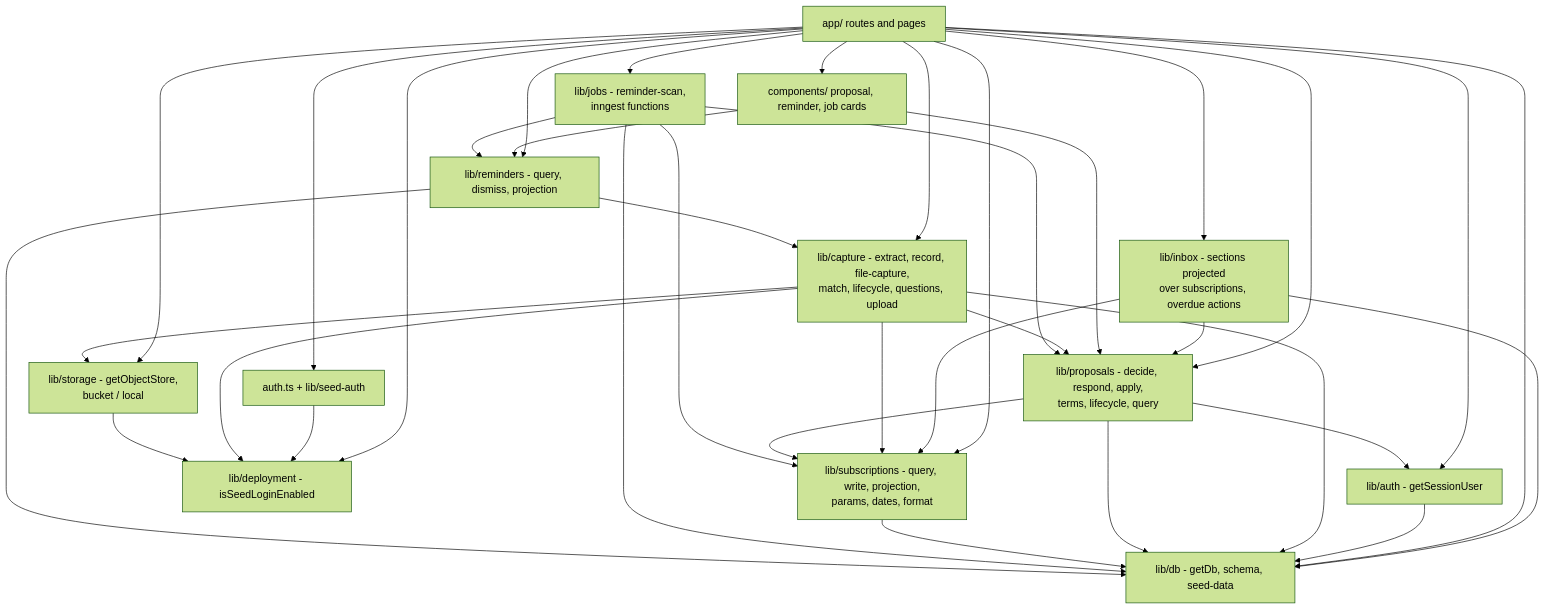
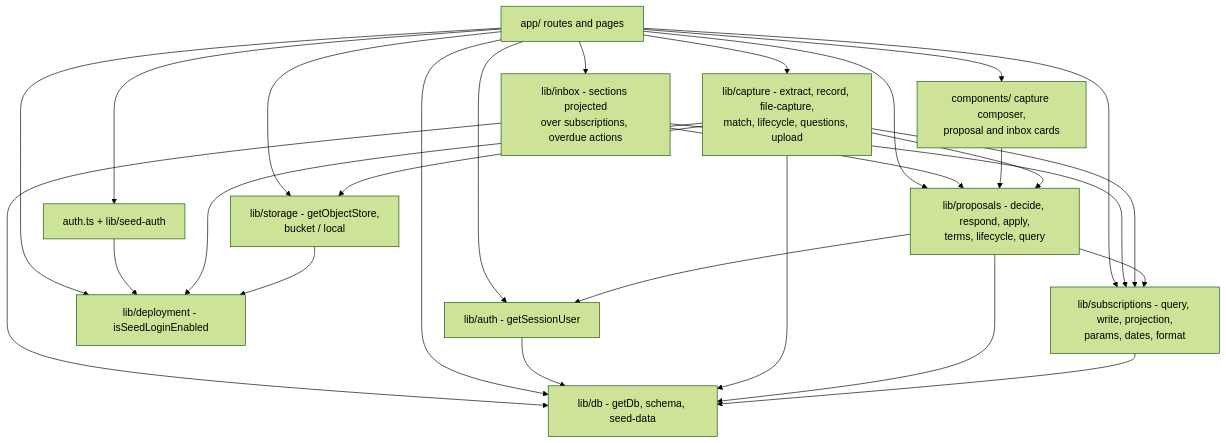
The fourth of 4 diagrams in docs/architecture.md (bhaveshbusa/subscription-records), drawn with Mermaid (forest theme) before and after one commit. The commit also changed other lines of this file and 35 other files, not shown here.

Commit message:
SUB-35: Drop reminders, the scans, and Inngest (#38)

````diff
--- a/docs/architecture.md
+++ b/docs/architecture.md
@@ -178,52 +165,41 @@
 ```mermaid
 flowchart TD
   app["app/ routes and pages"]
-  components["components/ proposal, reminder, job cards"]
+  components["components/ capture composer,<br/>proposal and inbox cards"]
   authmod["lib/auth - getSessionUser"]
   authjs["auth.ts + lib/seed-auth"]
   deployment["lib/deployment - isSeedLoginEnabled"]
   capture["lib/capture - extract, record, file-capture,<br/>match, lifecycle, questions, upload"]
   proposalsmod["lib/proposals - decide, respond, apply,<br/>terms, lifecycle, query"]
   subs["lib/subscriptions - query, write, projection,<br/>params, dates, format"]
   storage["lib/storage - getObjectStore,<br/>bucket / local"]
-  jobs["lib/jobs - reminder-scan,<br/>inngest functions"]
-  remindersmod["lib/reminders - query, dismiss, projection"]
   inboxmod["lib/inbox - sections projected<br/>over subscriptions, overdue actions"]
   dbmod["lib/db - getDb, schema, seed-data"]
 
   app --> components
   app --> authmod
   app --> authjs
   app --> deployment
   app --> capture
   app --> proposalsmod
   app --> subs
   app --> storage
-  app --> jobs
-  app --> remindersmod
   app --> inboxmod
   inboxmod --> subs
   inboxmod --> proposalsmod
   inboxmod --> dbmod
   app --> dbmod
   components --> proposalsmod
-  components --> remindersmod
   authjs --> deployment
   authmod --> dbmod
   capture --> proposalsmod
   capture --> subs
   capture --> storage
   capture --> deployment
   capture --> dbmod
   proposalsmod --> subs
   proposalsmod --> authmod
   proposalsmod --> dbmod
   subs --> dbmod
   storage --> deployment
-  jobs --> proposalsmod
-  jobs --> subs
-  jobs --> remindersmod
-  jobs --> dbmod
-  remindersmod --> capture
-  remindersmod --> dbmod
 ```
````
